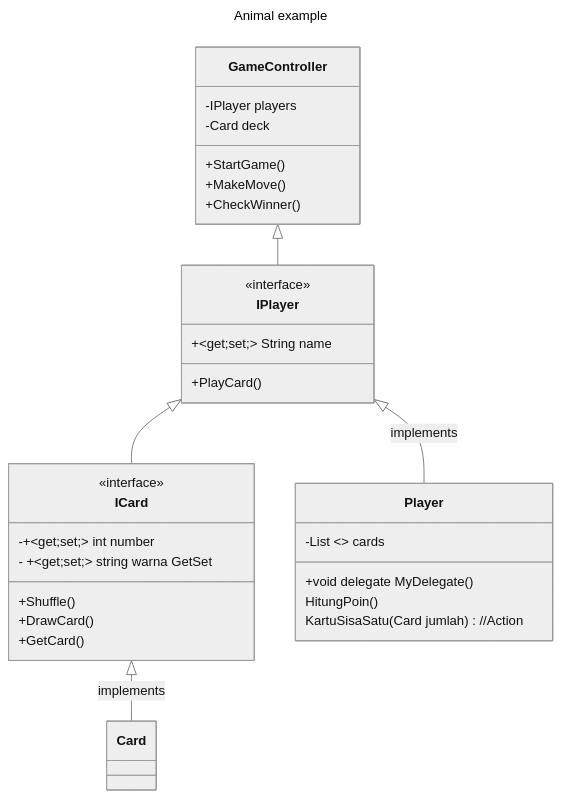
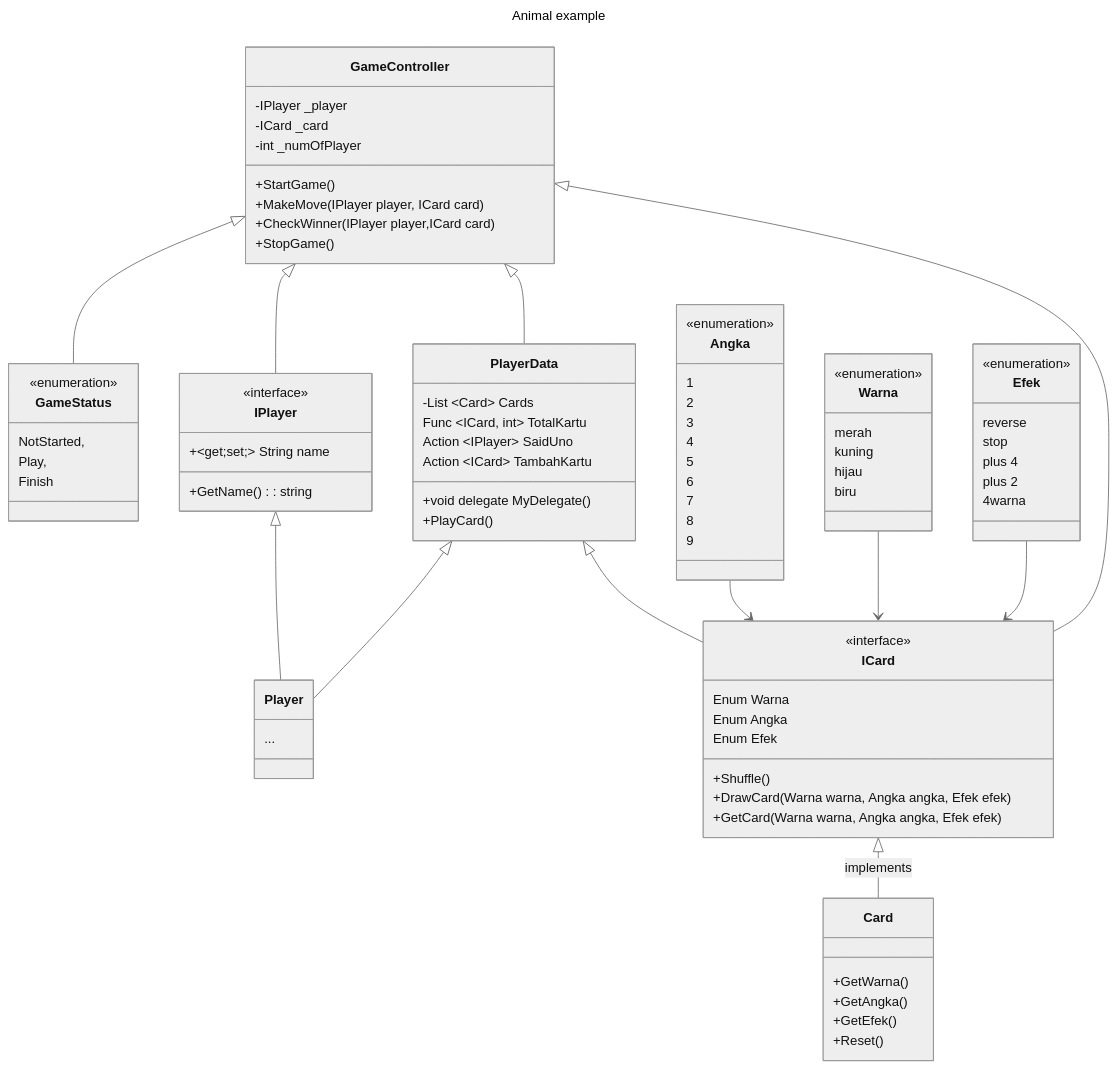
Before and after one commit to githubBella2/Bella_Bootcamp: the diagram in Project/ClassDiagram.md, drawn with Mermaid (neutral theme).

Commit message:
Class Diagram UNO tambah class

```diff
--- a/Project/ClassDiagram.md
+++ b/Project/ClassDiagram.md
@@ -3,61 +3,102 @@
 title: Animal example
 ---
 classDiagram
+    GameController <|-- ICard
+    GameController <|-- PlayerData
+    GameController <|-- IPlayer
+    GameController <|-- GameStatus
+    IPlayer <|-- Player
+    PlayerData <|-- ICard 
+    ICard <|-- Card : implements
+   
 
-    GameController <|-- IPlayer
-    
-    %% Card <|-- Player
-    IPlayer <|-- ICard
-   
-   ICard <|-- Card : implements
-    %% Card <|-- CardDeck : implements
+    PlayerData <|-- Player
 
-    %% Player <|-- IPlayer : implements
-    IPlayer <|-- Player: implements
 
-    
-    GameController : -IPlayer players  
-    GameController : -Card deck
-    GameController : +StartGame()
-    GameController : +MakeMove()
-    GameController : +CheckWinner()
+    Angka  --> ICard
+    Warna  --> ICard
+    Efek  --> ICard
+
+    class GameController{
+        -IPlayer _player
+        -ICard _card
+        -int _numOfPlayer
+        +StartGame()
+        +MakeMove(IPlayer player, ICard card)
+        +CheckWinner(IPlayer player,ICard card)
+        +StopGame()
+        
+    }
+    class IPlayer{
+    <<interface>>
+        +~get;set;~ String name
+        +GetName() : string
+    }
+    class Player{
+    ...
+    }
+    class PlayerData{
+        -List ~Card~ Cards
+        +void delegate MyDelegate()
+        Func ~ICard, int~ TotalKartu 
+        +PlayCard()
+        Action ~IPlayer~ SaidUno
+        Action ~ICard~ TambahKartu
+    }
 
     class ICard {
     <<interface>>
-     -+~get;set;~ int number
-        - +~get;set;~ string warna GetSet
+        %% -+~get;set;~ int number
+        %% -+~get;set;~ string warna GetSet
+        %% -<get;set>
+        Enum Warna
+        Enum Angka
+        Enum Efek
         +Shuffle()
-        +DrawCard()
-        +GetCard()   
+        +DrawCard(Warna warna, Angka angka, Efek efek)
+        +GetCard(Warna warna, Angka angka, Efek efek)   
     }
     
+    
     class Card{
-   
+        +GetWarna()
+        +GetAngka()
+        +GetEfek()
+        +Reset()
     }
-    class IPlayer{
-    <<interface>>
-        +~get;set;~ String name 
-       
-        +PlayCard()
+    class  Warna{
+    <<enumeration>>
+        merah
+        kuning
+        hijau 
+        biru
     }
-    
-    class Player{
-        -List <<Card>> cards
-        +void delegate MyDelegate()
-        HitungPoin()
-        KartuSisaSatu(Card jumlah) //Action
+    class  Angka{
+    <<enumeration>>
+        1
+        2
+        3
+        4
+        5
+        6
+        7
+        8
+        9
     }
-
-
-
-
-    %% class Player{
-    %%     +String name GetSet
-    %%     -List<Card> cards
-
-
-    %% }
-
+    class  Efek{
+    <<enumeration>>
+        reverse
+        stop
+        plus 4
+        plus 2
+        4warna
+    }
+    class  GameStatus{
+    <<enumeration>>
+        NotStarted,
+        Play,
+        Finish
+    }
     
 
 
```
